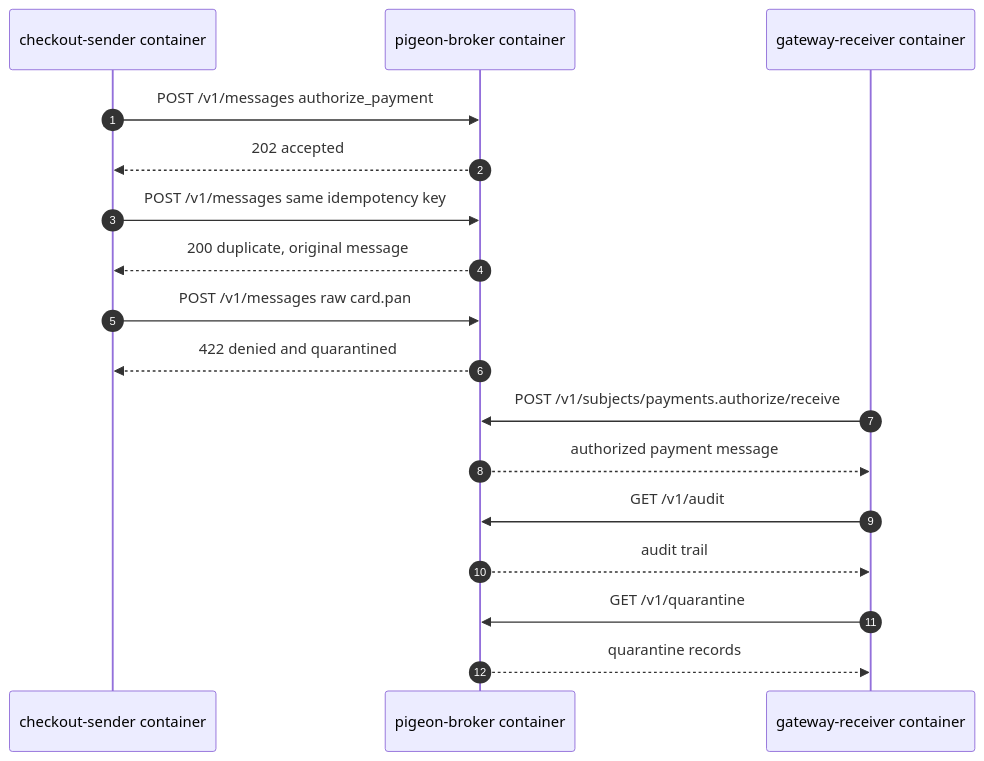
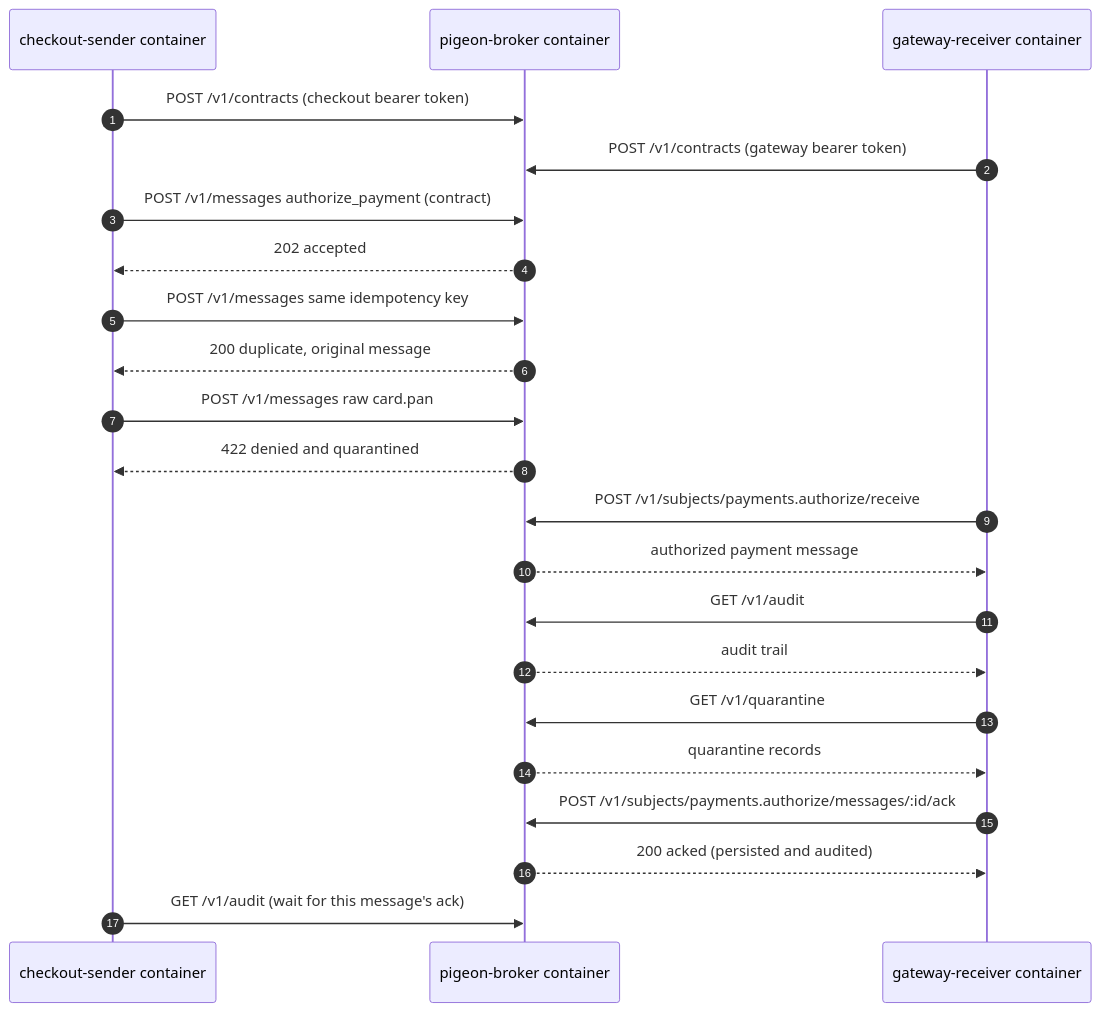
One commit to vishnu-77/pigeon changed the diagram in docs/local-container-simulation.md. Above: the diagram before and after it, drawn with Mermaid. The commit also changed other lines of this file and 40 other files, not shown here.

````diff
--- a/docs/local-container-simulation.md
+++ b/docs/local-container-simulation.md
@@ -74,20 +107,25 @@
 ```mermaid
 sequenceDiagram
   autonumber
   participant Sender as checkout-sender container
   participant Broker as pigeon-broker container
   participant Receiver as gateway-receiver container
 
-  Sender->>Broker: POST /v1/messages authorize_payment
+  Sender->>Broker: POST /v1/contracts (checkout bearer token)
+  Receiver->>Broker: POST /v1/contracts (gateway bearer token)
+  Sender->>Broker: POST /v1/messages authorize_payment (contract)
   Broker-->>Sender: 202 accepted
   Sender->>Broker: POST /v1/messages same idempotency key
   Broker-->>Sender: 200 duplicate, original message
   Sender->>Broker: POST /v1/messages raw card.pan
   Broker-->>Sender: 422 denied and quarantined
   Receiver->>Broker: POST /v1/subjects/payments.authorize/receive
   Broker-->>Receiver: authorized payment message
   Receiver->>Broker: GET /v1/audit
   Broker-->>Receiver: audit trail
   Receiver->>Broker: GET /v1/quarantine
   Broker-->>Receiver: quarantine records
+  Receiver->>Broker: POST /v1/subjects/payments.authorize/messages/:id/ack
+  Broker-->>Receiver: 200 acked (persisted and audited)
+  Sender->>Broker: GET /v1/audit (wait for this message's ack)
 ```
````
